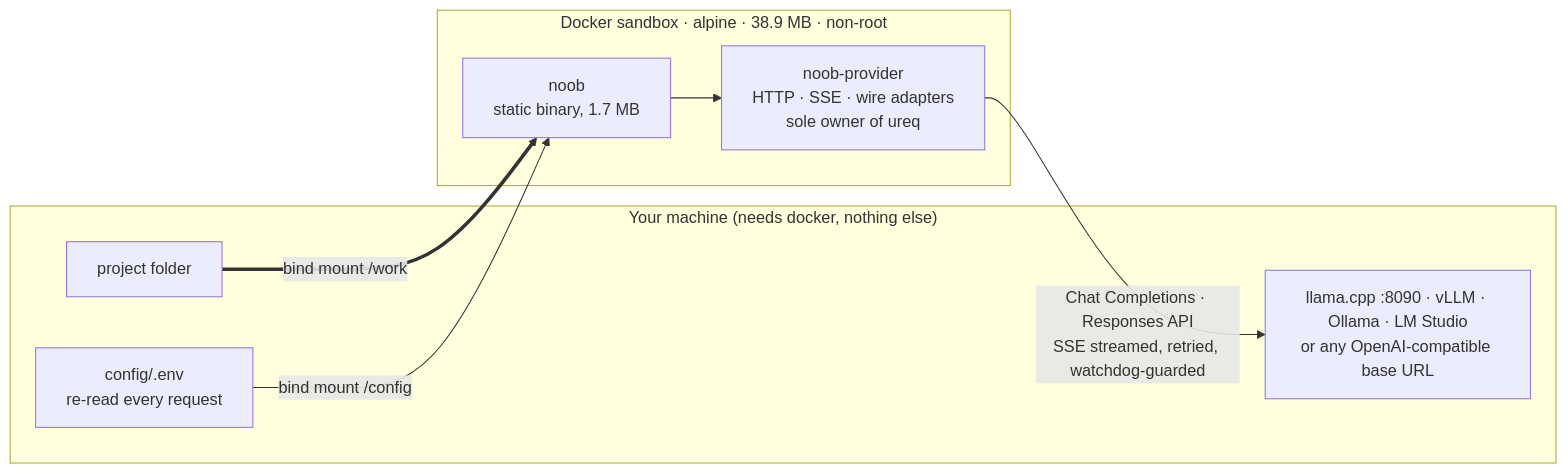
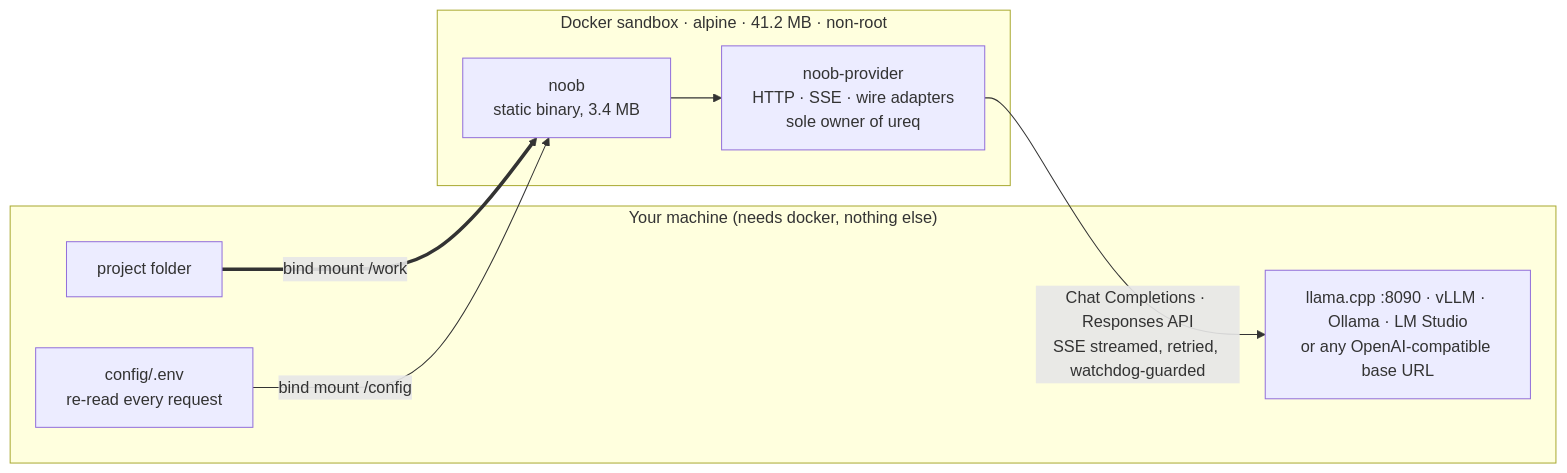
One commit to hec-ovi/noob-cli changed the diagram in README.md. Above: the diagram before and after it, drawn with Mermaid. The commit also changed other lines of this file and 3 other files, not shown here.

````diff
--- a/README.md
+++ b/README.md
@@ -72,16 +76,16 @@
 ```mermaid
 flowchart LR
     subgraph host["Your machine (needs docker, nothing else)"]
         WS["project folder"]
         CFG["config/.env<br>re-read every request"]
         EP["llama.cpp :8090 · vLLM · Ollama · LM Studio<br>or any OpenAI-compatible base URL"]
     end
-    subgraph box["Docker sandbox · alpine · 38.9 MB · non-root"]
-        NOOB["noob<br>static binary, 1.7 MB"]
+    subgraph box["Docker sandbox · alpine · 41.2 MB · non-root"]
+        NOOB["noob<br>static binary, 3.4 MB"]
         PROV["noob-provider<br>HTTP · SSE · wire adapters<br>sole owner of ureq"]
         NOOB --> PROV
     end
     WS == "bind mount /work" ==> NOOB
     CFG -- "bind mount /config" --> NOOB
     PROV -- "Chat Completions · Responses API<br>SSE streamed, retried, watchdog-guarded" --> EP
 ```
````
